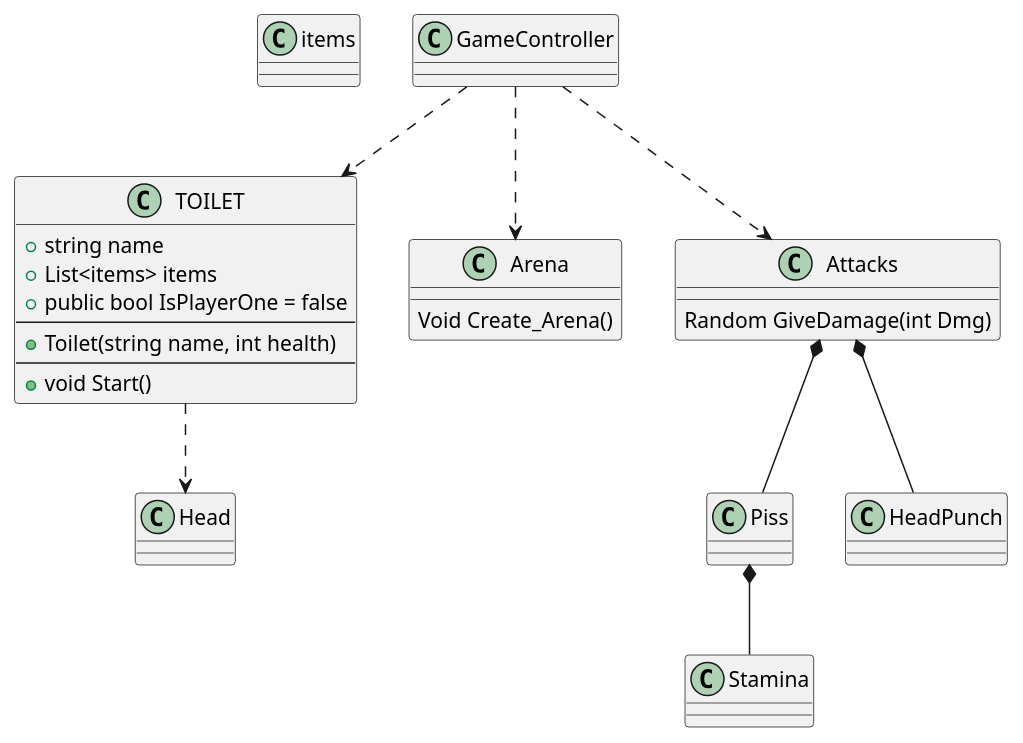
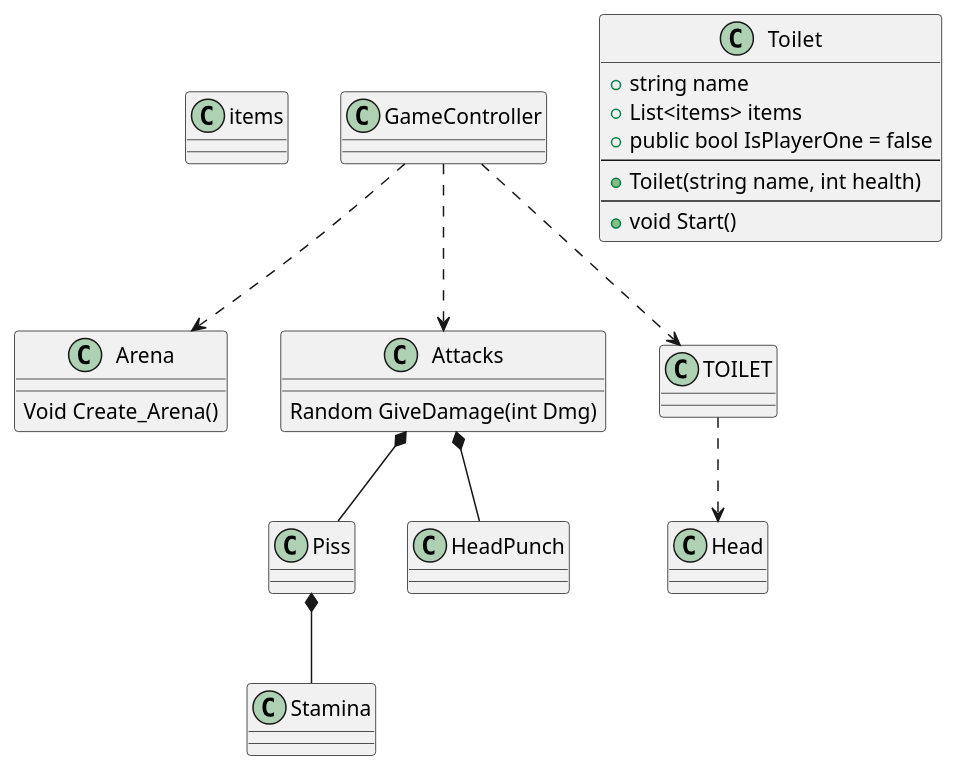
Before and after one commit to Y0S3FXD/Skibidi-Toilet-Fighter: the diagram in Krav.puml, drawn with PlantUML. The commit also changed 3 other files, not shown here.

```diff
--- a/Krav.puml
+++ b/Krav.puml
@@ -1,42 +1,42 @@
 @startuml
 class items{}
 class GameController{
     
 }
 
-class TOILET{
+class Toilet{
     + string name
     + List<items> items
     + public bool IsPlayerOne = false
     --
     + Toilet(string name, int health)
     --
     + void Start()
 }
 
 class Piss{
 }
 
 class Head{
 
 }
 Class HeadPunch{
 }
 
 class Arena{
     Void Create_Arena()
 }
 class Attacks{
  Random GiveDamage(int Dmg)
 }
 class Stamina{
 
 }
 Piss *-- Stamina
 Attacks *--  Piss
 Attacks *--  HeadPunch
 GameController ..> Attacks
 GameController ..> Arena
 GameController ..> TOILET
 TOILET ..> Head
 @enduml
```
